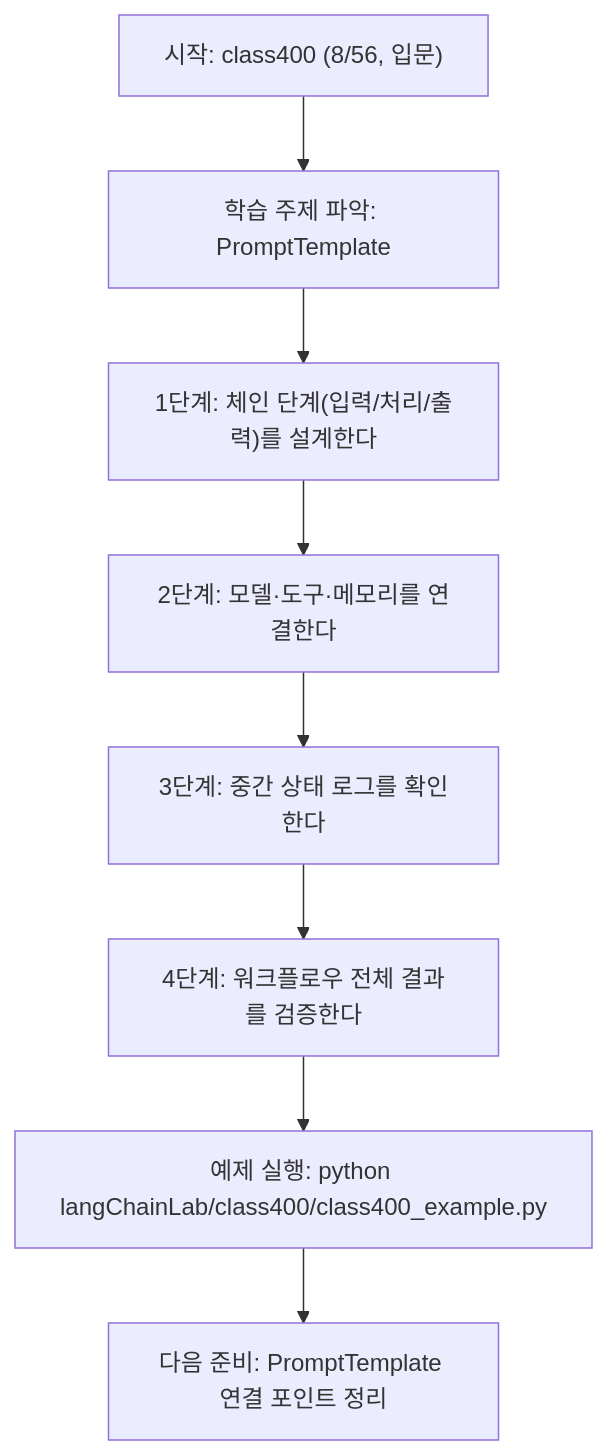
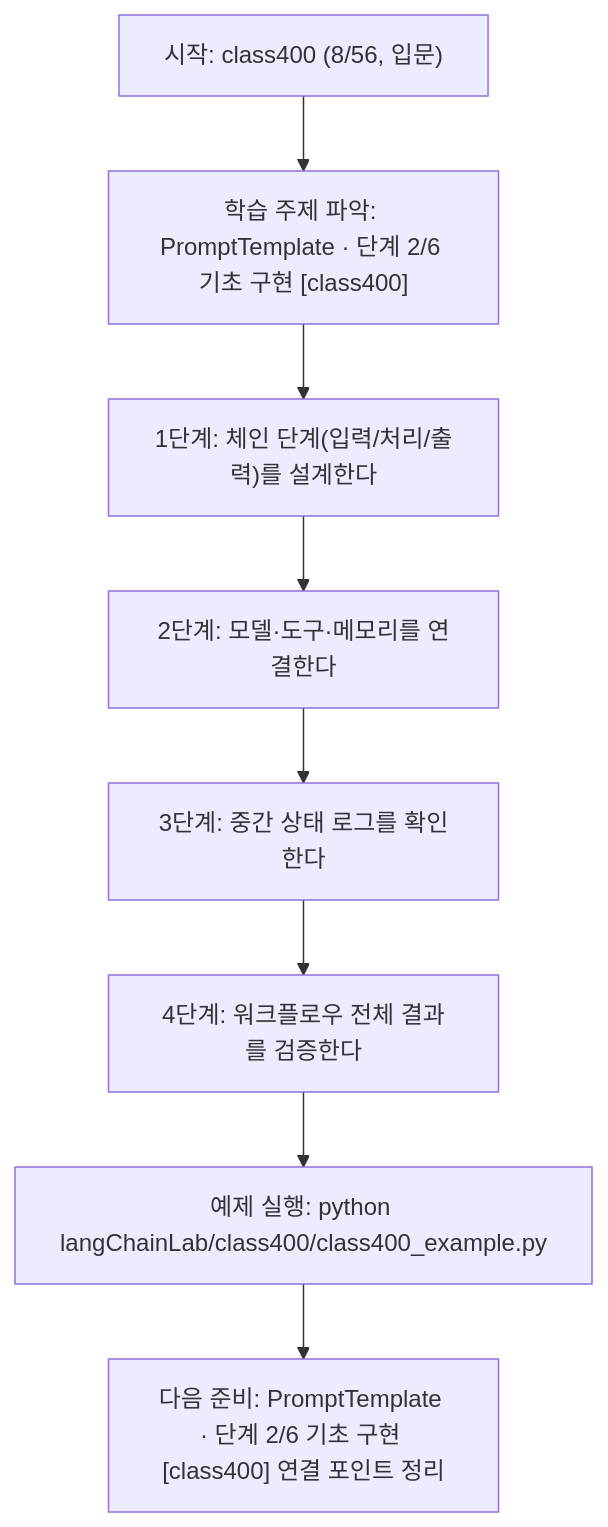
The diagram in langChainLab/class400/class400.md (edumgt/Python-AI_Agent-Class), drawn with Mermaid before and after one commit. The commit also changed other lines of this file and 522 other files, not shown here.

````diff
--- a/langChainLab/class400/class400.md
+++ b/langChainLab/class400/class400.md
@@ -107,18 +108,18 @@
 ```mermaid
 flowchart TD
 N1["시작: class400 (8/56, 입문)"]
-N2["학습 주제 파악: PromptTemplate"]
+N2["학습 주제 파악: PromptTemplate · 단계 2/6 기초 구현 [class400]"]
 N3["1단계: 체인 단계(입력/처리/출력)를 설계한다"]
 N4["2단계: 모델·도구·메모리를 연결한다"]
 N5["3단계: 중간 상태 로그를 확인한다"]
 N6["4단계: 워크플로우 전체 결과를 검증한다"]
 N7["예제 실행: python langChainLab/class400/class400_example.py"]
-N8["다음 준비: PromptTemplate 연결 포인트 정리"]
+N8["다음 준비: PromptTemplate · 단계 2/6 기초 구현 [class400] 연결 포인트 정리"]
 N1 --> N2
 N2 --> N3
 N3 --> N4
 N4 --> N5
 N5 --> N6
 N6 --> N7
 N7 --> N8
 ```
````
